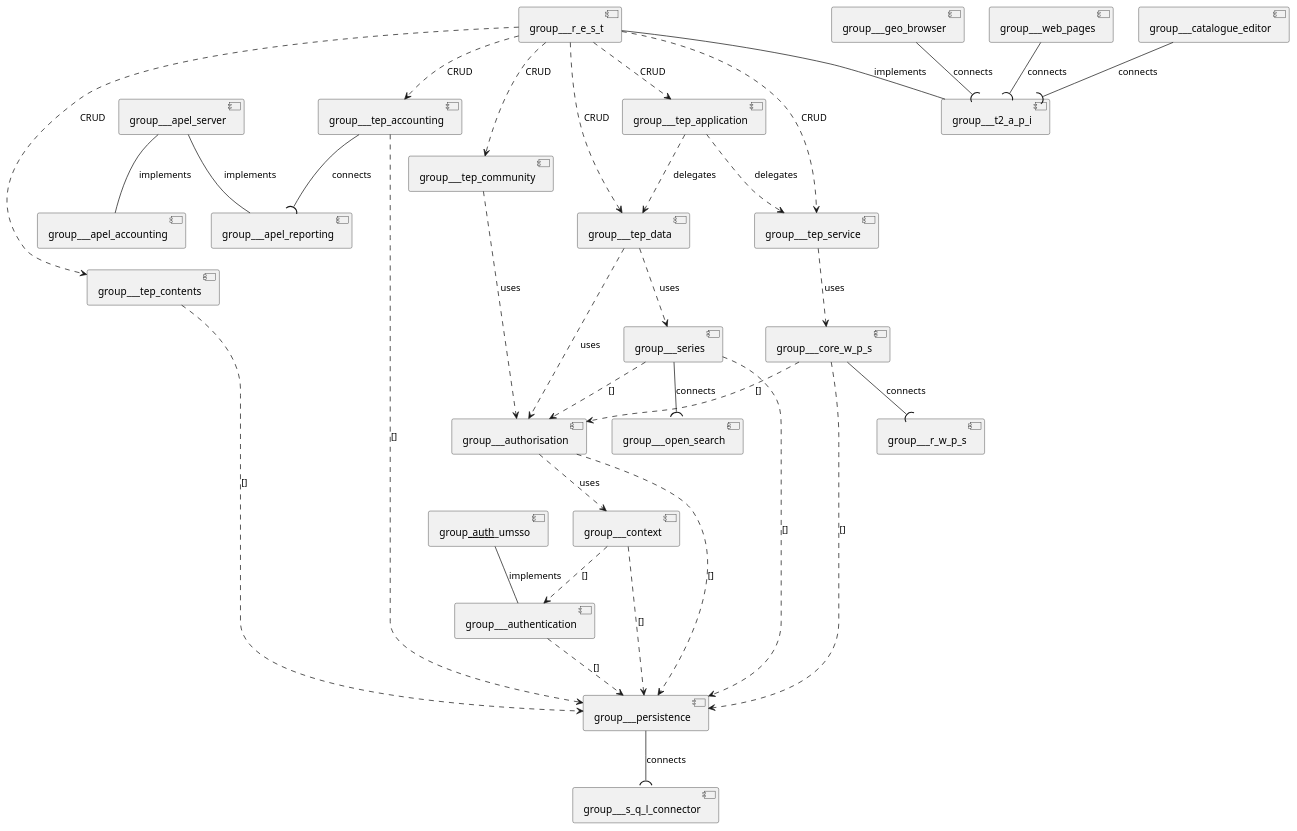
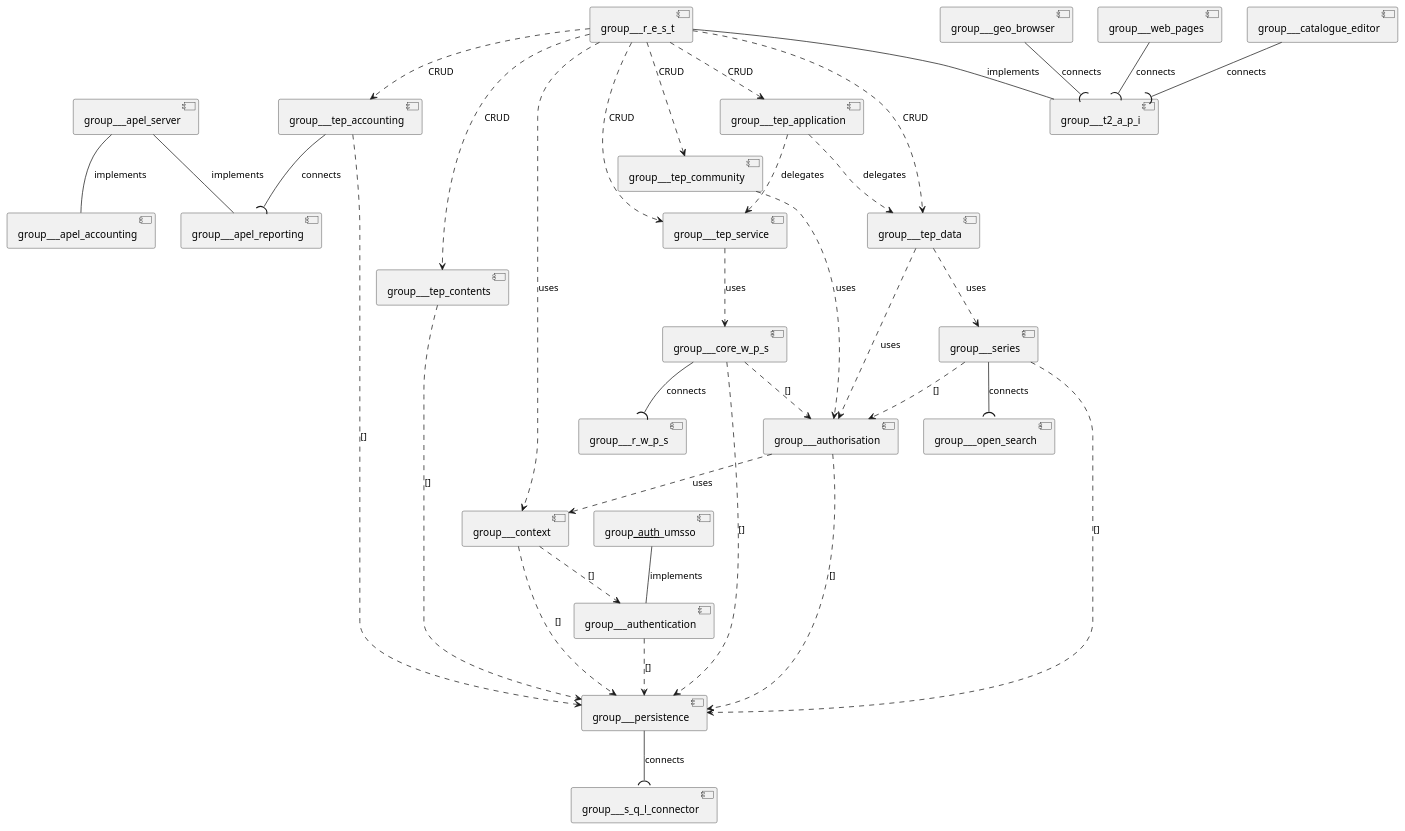
The diagram in source/groups/group_relations.iuml (urban-tep/DDF-SDD), drawn with PlantUML before and after one commit. The commit also changed 28 other files, not shown here.

```diff
--- a/source/groups/group_relations.iuml
+++ b/source/groups/group_relations.iuml
@@ -1,36 +1,37 @@
 @startuml
 [group___apel_server]  --  [group___apel_accounting] : implements
 [group___apel_server]  --  [group___apel_reporting] : implements
 [group___auth___umsso]  --  [group___authentication] : implements
 [group___authentication]  ..>  [group___persistence] : []
 [group___authorisation]  ..>  [group___persistence] : []
 [group___authorisation]  ..>  [group___context] : uses
 [group___catalogue_editor]  --(  [group___t2_a_p_i] : connects
 [group___context]  ..>  [group___persistence] : []
 [group___context]  ..>  [group___authentication] : []
 [group___core_w_p_s]  ..>  [group___persistence] : []
 [group___core_w_p_s]  ..>  [group___authorisation] : []
 [group___core_w_p_s]  --(  [group___r_w_p_s] : connects
 [group___geo_browser]  --(  [group___t2_a_p_i] : connects
 [group___persistence]  --(  [group___s_q_l_connector] : connects
 [group___r_e_s_t]  ..>  [group___tep_accounting] : CRUD
 [group___r_e_s_t]  ..>  [group___tep_application] : CRUD
 [group___r_e_s_t]  ..>  [group___tep_community] : CRUD
 [group___r_e_s_t]  ..>  [group___tep_contents] : CRUD
 [group___r_e_s_t]  ..>  [group___tep_data] : CRUD
 [group___r_e_s_t]  ..>  [group___tep_service] : CRUD
+[group___r_e_s_t]  ..>  [group___context] : uses
 [group___r_e_s_t]  --  [group___t2_a_p_i] : implements
 [group___series]  --(  [group___open_search] : connects
 [group___series]  ..>  [group___persistence] : []
 [group___series]  ..>  [group___authorisation] : []
 [group___tep_accounting]  --(  [group___apel_reporting] : connects
 [group___tep_accounting]  ..>  [group___persistence] : []
 [group___tep_application]  ..>  [group___tep_data] : delegates
 [group___tep_application]  ..>  [group___tep_service] : delegates
 [group___tep_community]  ..>  [group___authorisation] : uses
 [group___tep_contents]  ..>  [group___persistence] : []
 [group___tep_data]  ..>  [group___authorisation] : uses
 [group___tep_data]  ..>  [group___series] : uses
 [group___tep_service]  ..>  [group___core_w_p_s] : uses
 [group___web_pages]  --(  [group___t2_a_p_i] : connects
 @enduml
```
